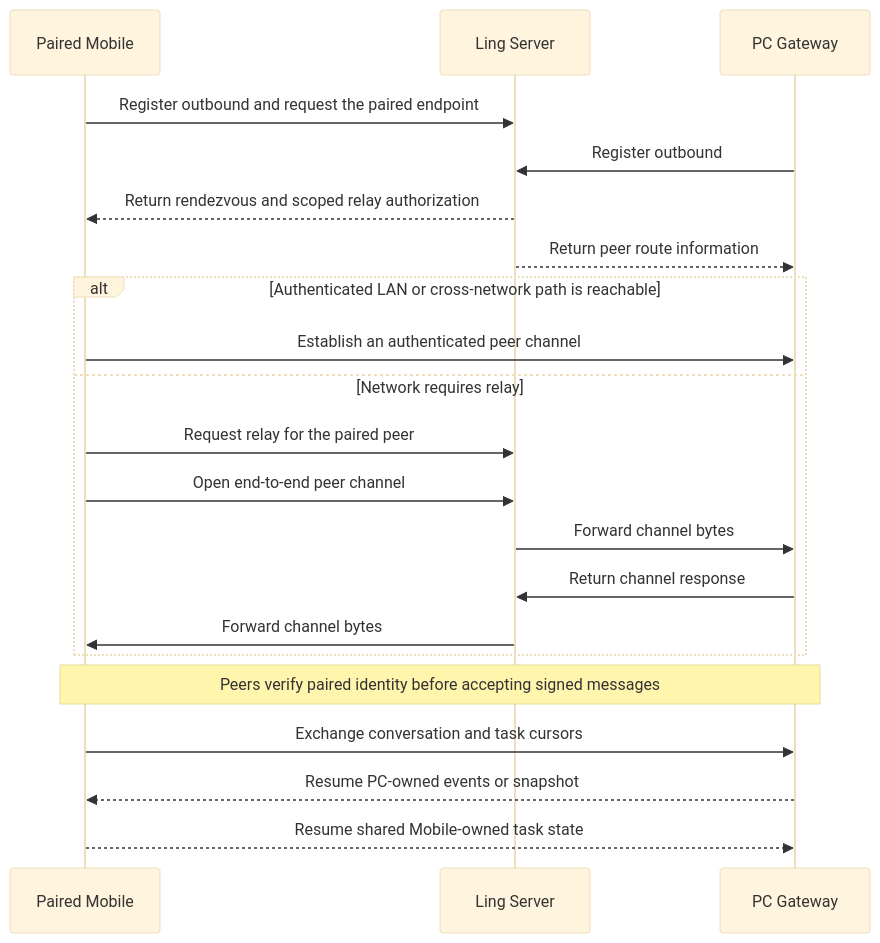
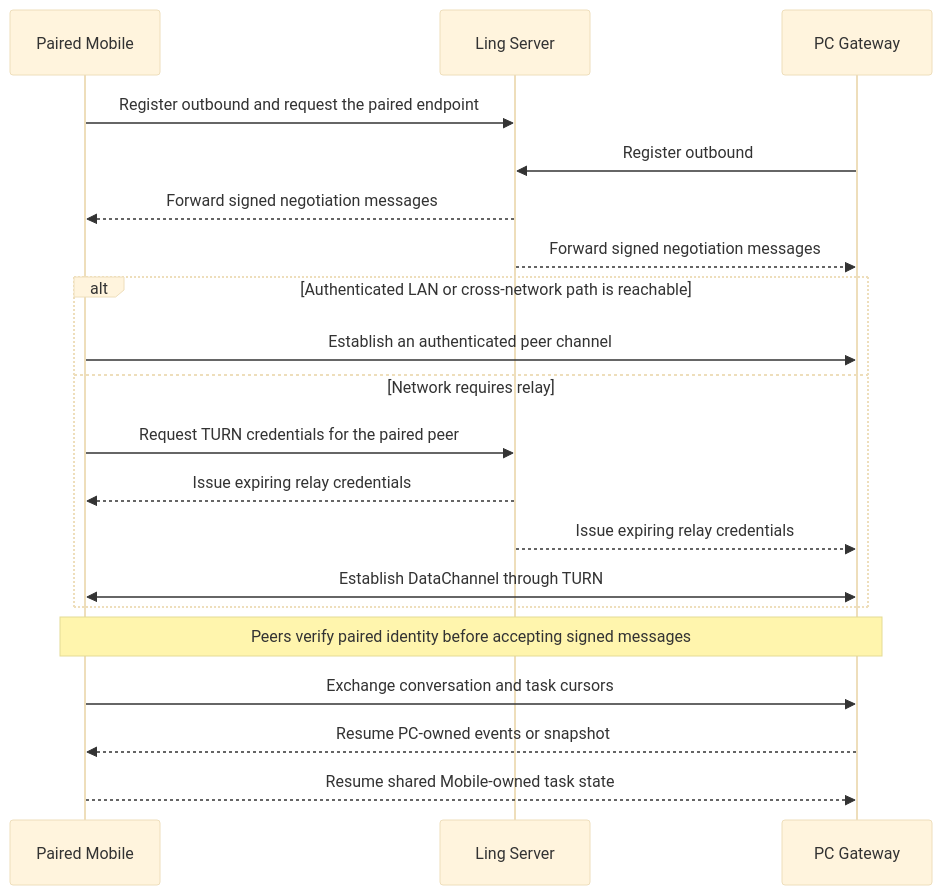
One commit to ling-stack-org/ling-stack changed the fourth of 6 diagrams in docs/design/ling-device-developer-execution.md. Above: the diagram before and after it, drawn with Mermaid (base theme). The commit also changed other lines of this file and 9 other files, not shown here.

````diff
--- a/docs/design/ling-device-developer-execution.md
+++ b/docs/design/ling-device-developer-execution.md
@@ -229,23 +224,22 @@
 ```mermaid
 sequenceDiagram
   participant M as Paired Mobile
   participant S as Ling Server
   participant P as PC Gateway
   M->>S: Register outbound and request the paired endpoint
   P->>S: Register outbound
-  S-->>M: Return rendezvous and scoped relay authorization
-  S-->>P: Return peer route information
+  S-->>M: Forward signed negotiation messages
+  S-->>P: Forward signed negotiation messages
   alt Authenticated LAN or cross-network path is reachable
     M->>P: Establish an authenticated peer channel
   else Network requires relay
-    M->>S: Request relay for the paired peer
-    M->>S: Open end-to-end peer channel
-    S->>P: Forward channel bytes
-    P->>S: Return channel response
-    S->>M: Forward channel bytes
+    M->>S: Request TURN credentials for the paired peer
+    S-->>M: Issue expiring relay credentials
+    S-->>P: Issue expiring relay credentials
+    M<<->>P: Establish DataChannel through TURN
   end
   Note over M,P: Peers verify paired identity before accepting signed messages
   M->>P: Exchange conversation and task cursors
   P-->>M: Resume PC-owned events or snapshot
   M-->>P: Resume shared Mobile-owned task state
 ```
````
